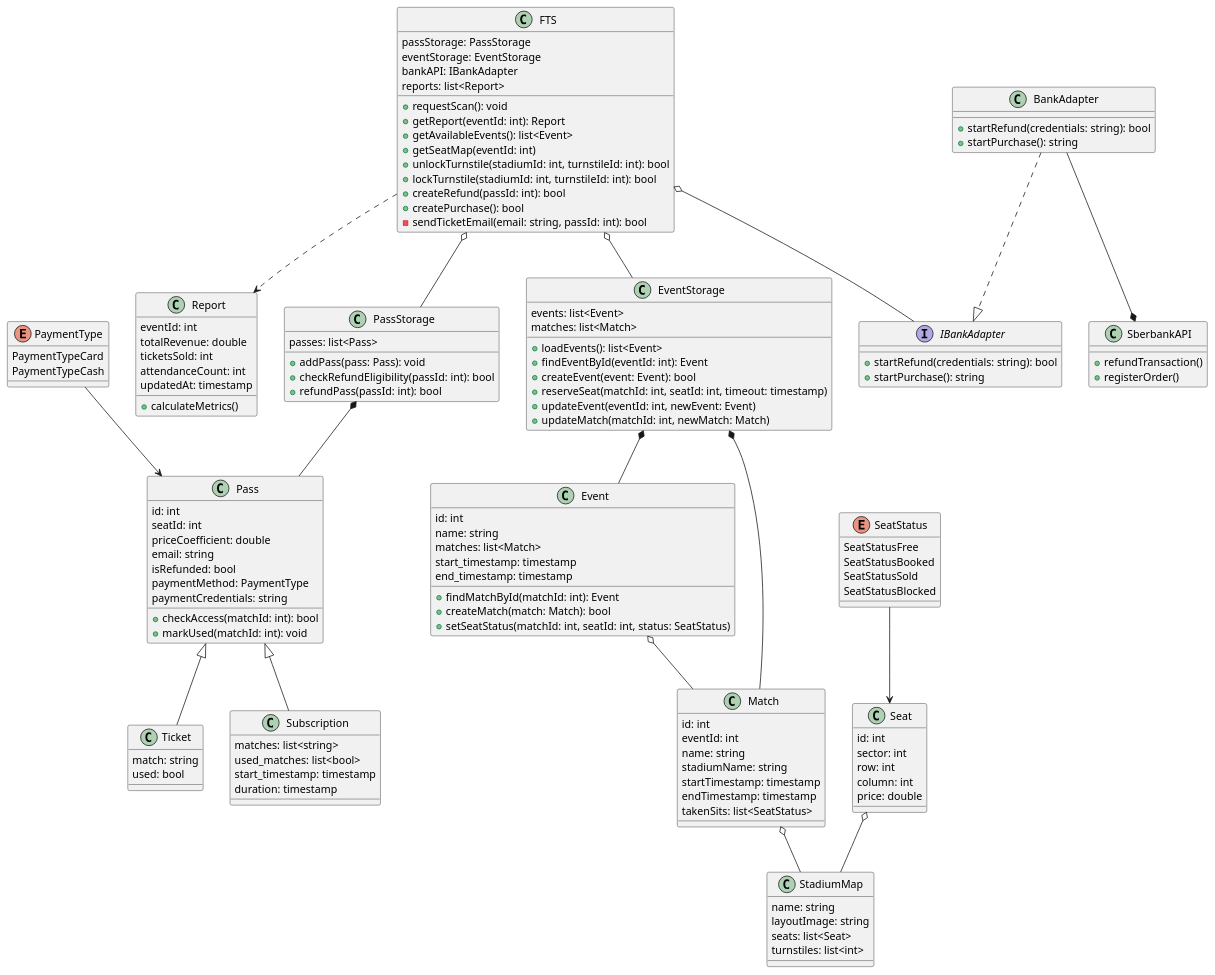
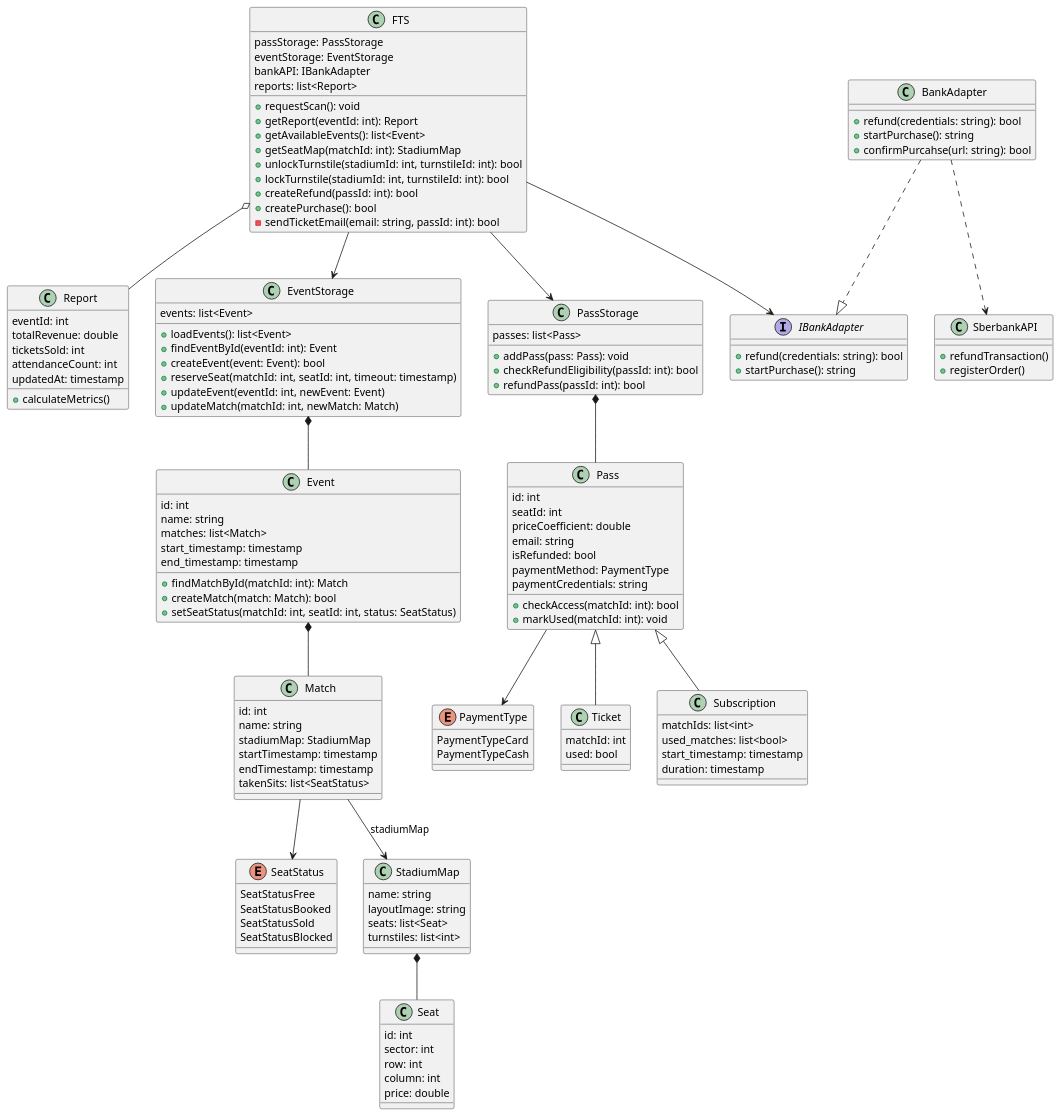
Before and after one commit to penamarth/bsbo-11-24_team5_var10_football: the diagram in Диаграмма Классов.md, drawn with PlantUML. The commit also changed 1 other file, not shown here.

Commit message:
Update class diagram

````diff
--- a/Диаграмма Классов.md
+++ b/Диаграмма Классов.md
@@ -17,16 +17,16 @@
 class FTS {
 	passStorage: PassStorage
 	eventStorage: EventStorage
-    bankAPI: IBankAdapter
+	bankAPI: IBankAdapter
 	reports: list<Report>
 	+ requestScan(): void
-    + getReport(eventId: int): Report
+	+ getReport(eventId: int): Report
 	+ getAvailableEvents(): list<Event>
-	+ getSeatMap(eventId: int)
+	+ getSeatMap(matchId: int): StadiumMap
 	+ unlockTurnstile(stadiumId: int, turnstileId: int): bool
 	+ lockTurnstile(stadiumId: int, turnstileId: int): bool
-    + createRefund(passId: int): bool
-    + createPurchase(): bool
+	+ createRefund(passId: int): bool
+	+ createPurchase(): bool
 	- sendTicketEmail(email: string, passId: int): bool
 }
 
@@ -41,7 +41,6 @@
 
 class EventStorage {
 	events: list<Event>
-	matches: list<Match>
 	+ loadEvents(): list<Event>
 	+ findEventById(eventId: int): Event
 	+ createEvent(event: Event): bool
@@ -53,19 +52,18 @@
 class Event {
 	id: int
 	name: string
-    matches: list<Match>
+	matches: list<Match>
 	start_timestamp: timestamp
 	end_timestamp: timestamp
-	+ findMatchById(matchId: int): Event
+	+ findMatchById(matchId: int): Match
 	+ createMatch(match: Match): bool
 	+ setSeatStatus(matchId: int, seatId: int, status: SeatStatus)
 }
 
 class Match {
 	id: int
-    eventId: int
 	name: string
-	stadiumName: string
+	stadiumMap: StadiumMap
 	startTimestamp: timestamp
 	endTimestamp: timestamp
 	takenSits: list<SeatStatus>
@@ -90,22 +88,23 @@
 	passes: list<Pass>
 	+ addPass(pass: Pass): void
 	+ checkRefundEligibility(passId: int): bool
-    + refundPass(passId: int): bool
+	+ refundPass(passId: int): bool
 }
 
 interface IBankAdapter {
-    + startRefund(credentials: string): bool
-    + startPurchase(): string
+	+ refund(credentials: string): bool
+	+ startPurchase(): string
 }
 
 class BankAdapter {
-    + startRefund(credentials: string): bool
-    + startPurchase(): string
+	+ refund(credentials: string): bool
+	+ startPurchase(): string
+	+ confirmPurcahse(url: string): bool
 }
 
 class SberbankAPI {
-    + refundTransaction()
-    + registerOrder()
+	+ refundTransaction()
+	+ registerOrder()
 }
 
 class Pass {
@@ -117,40 +116,38 @@
 	paymentMethod: PaymentType
 	paymentCredentials: string
 	+ checkAccess(matchId: int): bool
-	+ markUsed(matchId: int): void 
+	+ markUsed(matchId: int): void
 }
 
 class Ticket extends Pass {
-	match: string
-	used: bool 
+	matchId: int
+	used: bool
 }
 
 class Subscription extends Pass {
-	matches: list<string>
+	matchIds: list<int>
 	used_matches: list<bool>
 	start_timestamp: timestamp
 	duration: timestamp
 }
 
-FTS o-- EventStorage
-FTS o-- PassStorage
-FTS o-- IBankAdapter
-FTS ..> Report
+FTS --> EventStorage
+FTS --> PassStorage
+FTS --> IBankAdapter
+FTS o-- Report
 
 PassStorage *-- Pass
+
 EventStorage *-- Event
-EventStorage *-- Match
 
-Event o-- Match
-Match o-- StadiumMap
+Event *-- Match
+Match --> StadiumMap : stadiumMap
+StadiumMap *-- Seat
 
-Seat o-- StadiumMap
-
-PaymentType --> Pass
-SeatStatus --> Seat
+Pass --> PaymentType
+Match --> SeatStatus
 
 BankAdapter ..|> IBankAdapter
-BankAdapter --* SberbankAPI
-
+BankAdapter ..> SberbankAPI
 @enduml
 ```
````
